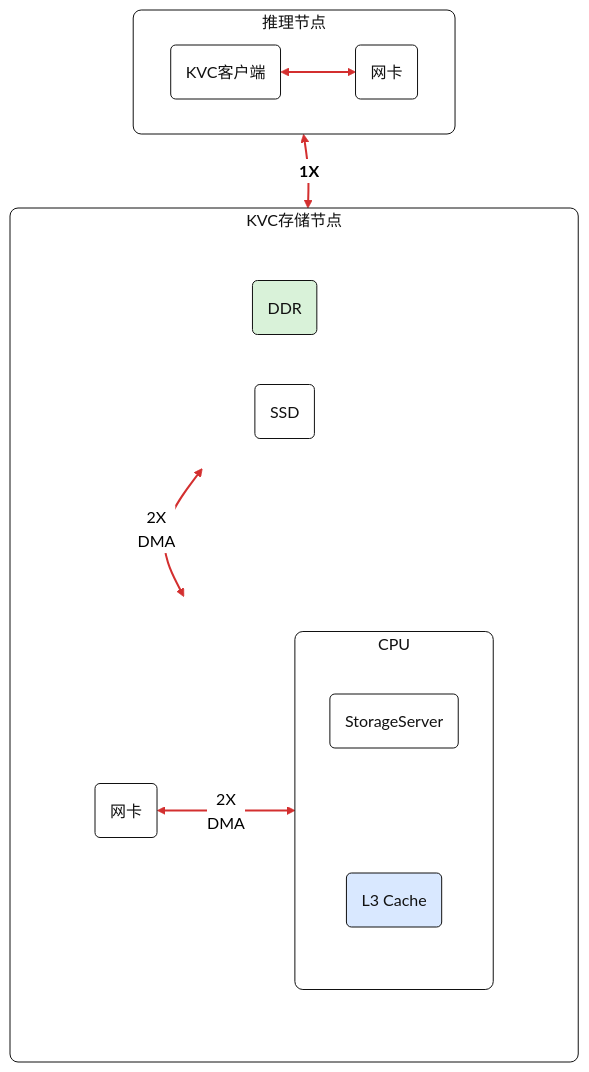
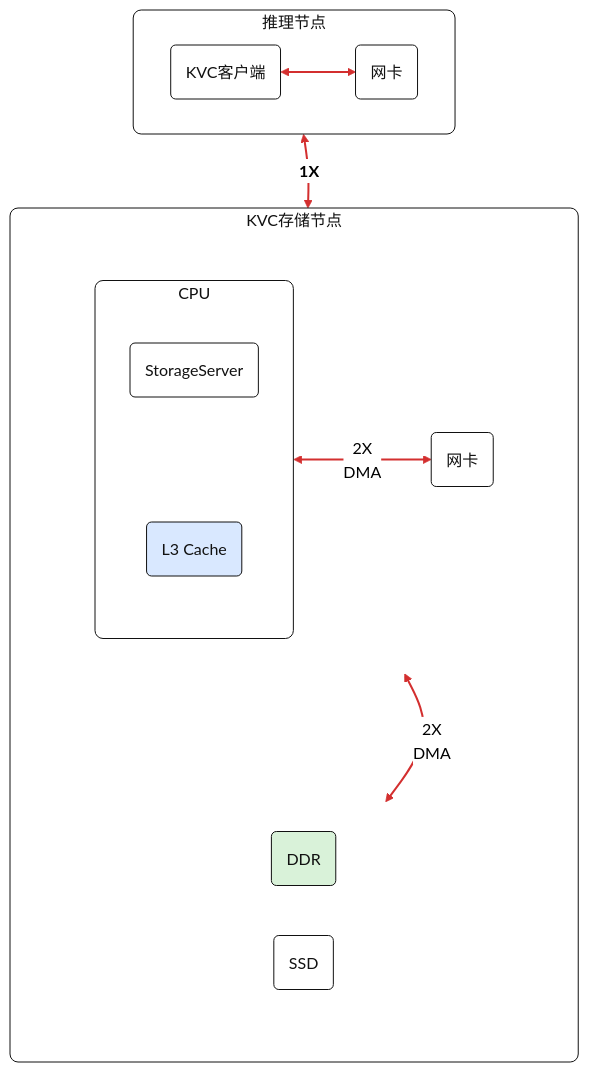
One commit to kunpengcompute/spdk changed the second of 2 diagrams in doc/l0_enablement.md. Above: the diagram before and after it, drawn with Mermaid (neutral theme).

Commit message:
doc: stabilize L0 diagram CPU placement

````diff
--- a/doc/l0_enablement.md
+++ b/doc/l0_enablement.md
@@ -72,53 +72,53 @@
 ```mermaid
 flowchart TB
     subgraph inference_node_l0["推理节点"]
         direction LR
         kvc_client_l0("KVC客户端") <--> infer_nic_l0("网卡")
     end
 
     subgraph storage_node_l0["KVC存储节点"]
         direction TB
 
         subgraph storage_top_l0[" "]
             direction LR
 
             subgraph cpu_box_l0["CPU"]
                 direction TB
                 storage_server_l0("StorageServer")
                 storage_server_l0 ~~~ l3_cache_l0("L3 Cache")
             end
 
             storage_nic_l0("网卡")
         end
 
         subgraph storage_bottom_l0[" "]
             direction LR
             ddr_box_l0("DDR")
             ssd_box_l0("SSD")
         end
 
         storage_server_l0 ~~~ ddr_box_l0
         storage_nic_l0 ~~~ ssd_box_l0
-        storage_nic_l0 <-->|"2X<br/>DMA"| l3_cache_l0
-        ssd_box_l0 <-->|"2X<br/>DMA"| l3_cache_l0
+        l3_cache_l0 <-->|"2X<br/>DMA"| storage_nic_l0
+        l3_cache_l0 <-->|"2X<br/>DMA"| ssd_box_l0
     end
 
     kvc_client_l0 ~~~ storage_server_l0
     infer_nic_l0 <-->|"<b>1X</b>"| storage_nic_l0
 
     classDef defaultBox fill:#ffffff,stroke:#111111,stroke-width:1px,color:#111111;
     classDef ddrBox fill:#d9f2d9,stroke:#111111,stroke-width:1px,color:#111111;
     classDef l3Box fill:#d9e8ff,stroke:#111111,stroke-width:1px,color:#111111;
     class kvc_client_l0,infer_nic_l0,storage_nic_l0,ssd_box_l0,storage_server_l0 defaultBox;
     class ddr_box_l0 ddrBox;
     class l3_cache_l0 l3Box;
     style inference_node_l0 fill:#ffffff,stroke:#111111,stroke-width:1px,color:#111111,rx:8px,ry:8px;
     style storage_node_l0 fill:#ffffff,stroke:#111111,stroke-width:1px,color:#111111,rx:8px,ry:8px;
     style storage_top_l0 fill:transparent,stroke:transparent,color:transparent;
     style storage_bottom_l0 fill:transparent,stroke:transparent,color:transparent;
     style cpu_box_l0 fill:#ffffff,stroke:#111111,stroke-width:1px,color:#111111,rx:8px,ry:8px;
     linkStyle 0 stroke:#d32f2f,stroke-width:2px;
     linkStyle 4 stroke:#d32f2f,stroke-width:2px;
     linkStyle 5 stroke:#d32f2f,stroke-width:2px;
     linkStyle 7 stroke:#d32f2f,stroke-width:2px;
 ```
````
